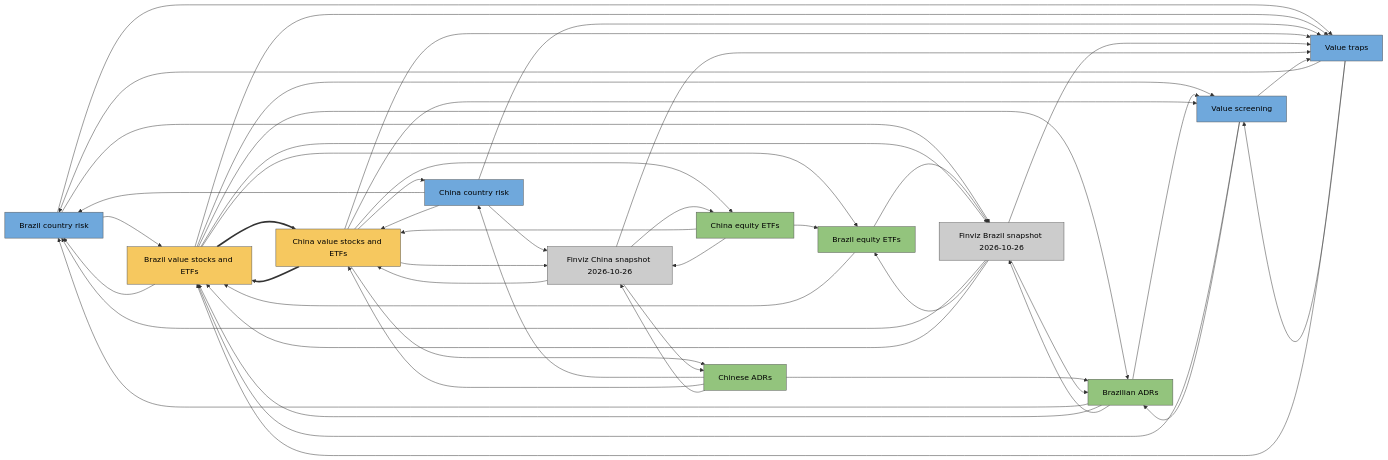
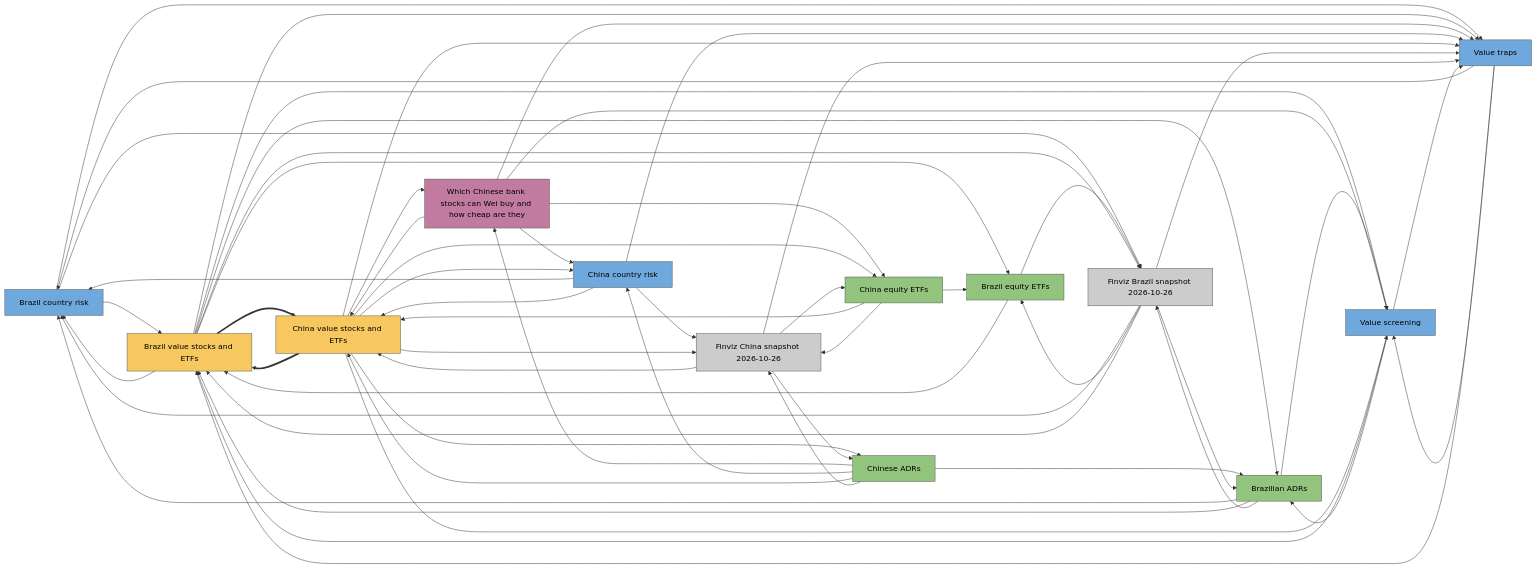
The diagram in wiki/graph.md (Traaa1234/wei-ideas-brain), drawn with Mermaid before and after one commit. The commit also changed other lines of this file and 5 other files, not shown here.

First line of the commit message:
Add question: filtering Chinese bank stocks (OTC ADRs, bank-specific screen)

````diff
--- a/wiki/graph.md
+++ b/wiki/graph.md
@@ -14,69 +14,77 @@
 ```mermaid
 graph LR
   classDef idea fill:#f6c85f,stroke:#555,color:#000
   classDef concept fill:#6fa8dc,stroke:#555,color:#000
   classDef entity fill:#93c47d,stroke:#555,color:#000
   classDef question fill:#c27ba0,stroke:#555,color:#000
   classDef source fill:#cccccc,stroke:#555,color:#000
   n_brazil_country_risk["Brazil country risk"]:::concept
   n_brazil_equity_etfs["Brazil equity ETFs"]:::entity
   n_brazil_value_stocks_and_etfs["Brazil value stocks and ETFs"]:::idea
   n_brazilian_adrs["Brazilian ADRs"]:::entity
+  n_china_bank_stocks["Which Chinese bank stocks can Wei buy and how cheap are they"]:::question
   n_china_country_risk["China country risk"]:::concept
   n_china_equity_etfs["China equity ETFs"]:::entity
   n_china_value_stocks_and_etfs["China value stocks and ETFs"]:::idea
   n_chinese_adrs["Chinese ADRs"]:::entity
   n_finviz_brazil_snapshot_2026_10_26["Finviz Brazil snapshot 2026-10-26"]:::source
   n_finviz_china_snapshot_2026_10_26["Finviz China snapshot 2026-10-26"]:::source
   n_value_screening["Value screening"]:::concept
   n_value_traps["Value traps"]:::concept
   n_brazil_country_risk --> n_brazil_value_stocks_and_etfs
   n_brazil_country_risk --> n_finviz_brazil_snapshot_2026_10_26
   n_brazil_country_risk --> n_value_traps
   n_brazil_equity_etfs --> n_brazil_value_stocks_and_etfs
   n_brazil_equity_etfs --> n_finviz_brazil_snapshot_2026_10_26
   n_brazil_value_stocks_and_etfs --> n_brazil_country_risk
   n_brazil_value_stocks_and_etfs --> n_brazil_equity_etfs
   n_brazil_value_stocks_and_etfs --> n_brazilian_adrs
   n_brazil_value_stocks_and_etfs ==> n_china_value_stocks_and_etfs
   n_brazil_value_stocks_and_etfs --> n_finviz_brazil_snapshot_2026_10_26
   n_brazil_value_stocks_and_etfs --> n_value_screening
   n_brazil_value_stocks_and_etfs --> n_value_traps
   n_brazilian_adrs --> n_brazil_country_risk
   n_brazilian_adrs --> n_brazil_value_stocks_and_etfs
   n_brazilian_adrs --> n_finviz_brazil_snapshot_2026_10_26
   n_brazilian_adrs --> n_value_screening
+  n_china_bank_stocks --> n_china_country_risk
+  n_china_bank_stocks --> n_china_equity_etfs
+  n_china_bank_stocks --> n_china_value_stocks_and_etfs
+  n_china_bank_stocks --> n_value_screening
+  n_china_bank_stocks --> n_value_traps
   n_china_country_risk --> n_brazil_country_risk
   n_china_country_risk --> n_china_value_stocks_and_etfs
   n_china_country_risk --> n_finviz_china_snapshot_2026_10_26
   n_china_country_risk --> n_value_traps
   n_china_equity_etfs --> n_brazil_equity_etfs
   n_china_equity_etfs --> n_china_value_stocks_and_etfs
   n_china_equity_etfs --> n_finviz_china_snapshot_2026_10_26
   n_china_value_stocks_and_etfs ==> n_brazil_value_stocks_and_etfs
+  n_china_value_stocks_and_etfs --> n_china_bank_stocks
   n_china_value_stocks_and_etfs --> n_china_country_risk
   n_china_value_stocks_and_etfs --> n_china_equity_etfs
   n_china_value_stocks_and_etfs --> n_chinese_adrs
   n_china_value_stocks_and_etfs --> n_finviz_china_snapshot_2026_10_26
   n_china_value_stocks_and_etfs --> n_value_screening
   n_china_value_stocks_and_etfs --> n_value_traps
   n_chinese_adrs --> n_brazilian_adrs
+  n_chinese_adrs --> n_china_bank_stocks
   n_chinese_adrs --> n_china_country_risk
   n_chinese_adrs --> n_china_value_stocks_and_etfs
   n_chinese_adrs --> n_finviz_china_snapshot_2026_10_26
   n_finviz_brazil_snapshot_2026_10_26 --> n_brazil_country_risk
   n_finviz_brazil_snapshot_2026_10_26 --> n_brazil_equity_etfs
   n_finviz_brazil_snapshot_2026_10_26 --> n_brazil_value_stocks_and_etfs
   n_finviz_brazil_snapshot_2026_10_26 --> n_brazilian_adrs
   n_finviz_brazil_snapshot_2026_10_26 --> n_value_traps
   n_finviz_china_snapshot_2026_10_26 --> n_china_equity_etfs
   n_finviz_china_snapshot_2026_10_26 --> n_china_value_stocks_and_etfs
   n_finviz_china_snapshot_2026_10_26 --> n_chinese_adrs
   n_finviz_china_snapshot_2026_10_26 --> n_value_traps
   n_value_screening --> n_brazil_value_stocks_and_etfs
   n_value_screening --> n_brazilian_adrs
   n_value_screening --> n_value_traps
   n_value_traps --> n_brazil_country_risk
   n_value_traps --> n_brazil_value_stocks_and_etfs
   n_value_traps --> n_value_screening
 ```
````
